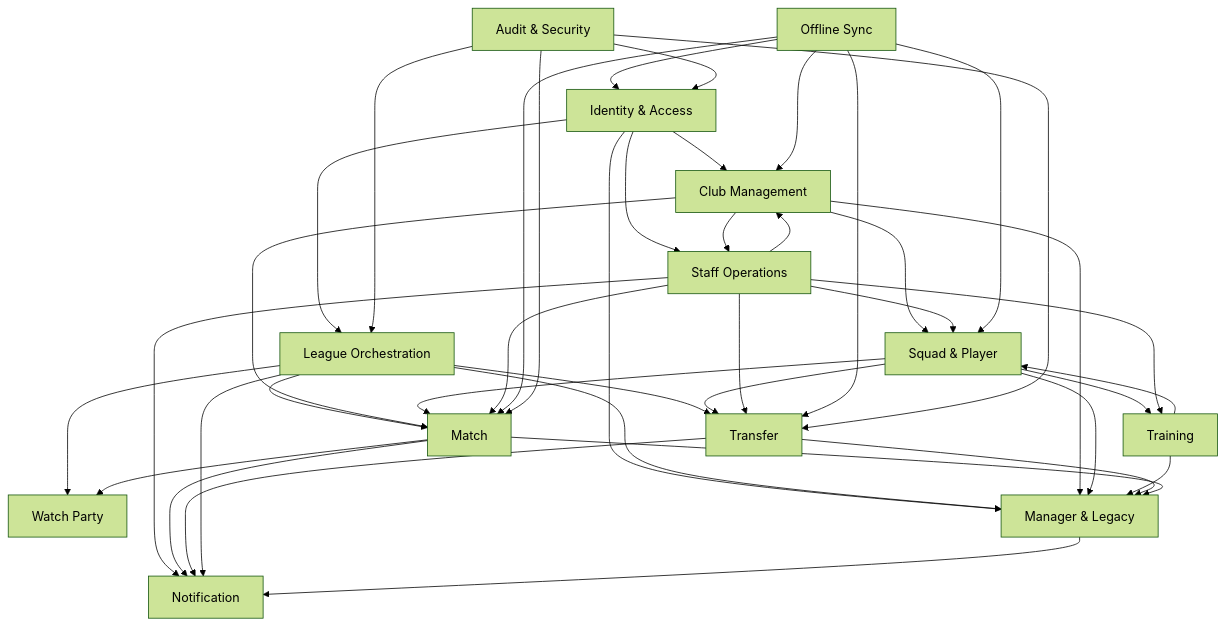
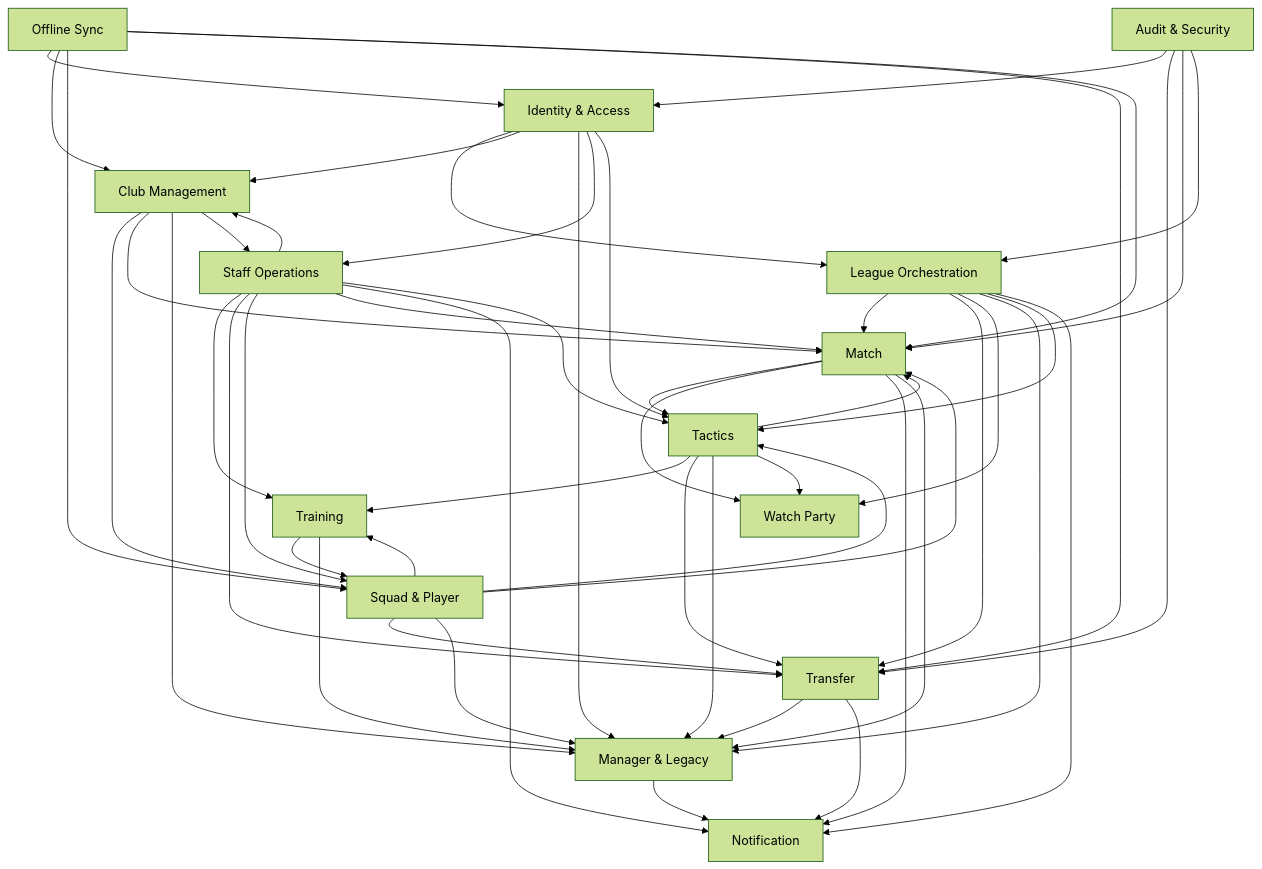
The diagram in docs/10-Architecture/bounded-context-map.md (EtroxTaran/klubhaus-elf), drawn with Mermaid (forest theme) before and after one commit. The commit also changed other lines of this file and 6 other files, not shown here.

````diff
--- a/docs/10-Architecture/bounded-context-map.md
+++ b/docs/10-Architecture/bounded-context-map.md
@@ -110,57 +128,68 @@
 ```mermaid
 flowchart TB
     Identity["Identity & Access"]
     League["League Orchestration"]
     Club["Club Management"]
     Squad["Squad & Player"]
     Training["Training"]
     Transfer["Transfer"]
     Match["Match"]
     WP["Watch Party"]
     Notif["Notification"]
     ML["Manager & Legacy"]
     Staff["Staff Operations"]
+    Tactics["Tactics"]
     Offline["Offline Sync"]
     Audit["Audit & Security"]
 
     Identity --> League
     Identity --> Club
     Identity --> ML
     Identity --> Staff
     League --> Match
     League --> Transfer
     League --> WP
     League --> ML
     Club --> Squad
     Club --> Match
     Club --> ML
     Club --> Staff
     Squad --> Training
     Squad --> Transfer
     Squad --> Match
     Squad --> ML
     Staff --> Training
     Staff --> Transfer
     Staff --> Squad
     Staff --> Match
     Staff --> Club
     Staff --> Notif
+    Staff --> Tactics
+    Identity --> Tactics
+    League --> Tactics
+    Squad --> Tactics
+    Match --> Tactics
+    Tactics --> Match
+    Tactics --> Training
+    Tactics --> Transfer
+    Tactics --> ML
+    Tactics --> WP
     Training --> Squad
     Training --> ML
     Transfer --> ML
     Match --> WP
     Match --> Notif
     Match --> ML
     Transfer --> Notif
     League --> Notif
     ML --> Notif
     Offline --> Identity
     Offline --> Club
     Offline --> Squad
     Offline --> Transfer
     Offline --> Match
     Audit --> Identity
     Audit --> Transfer
     Audit --> Match
     Audit --> League
 ```
````
